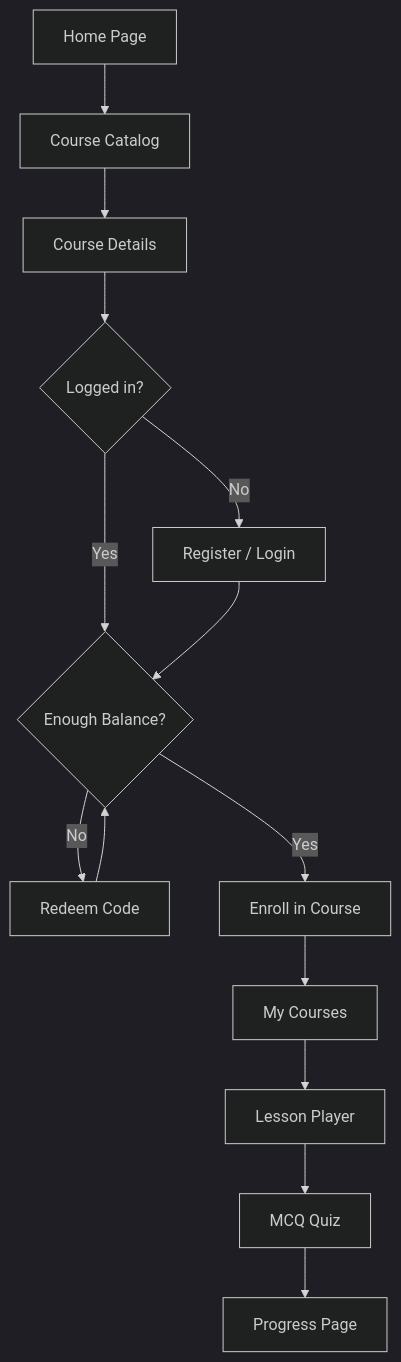
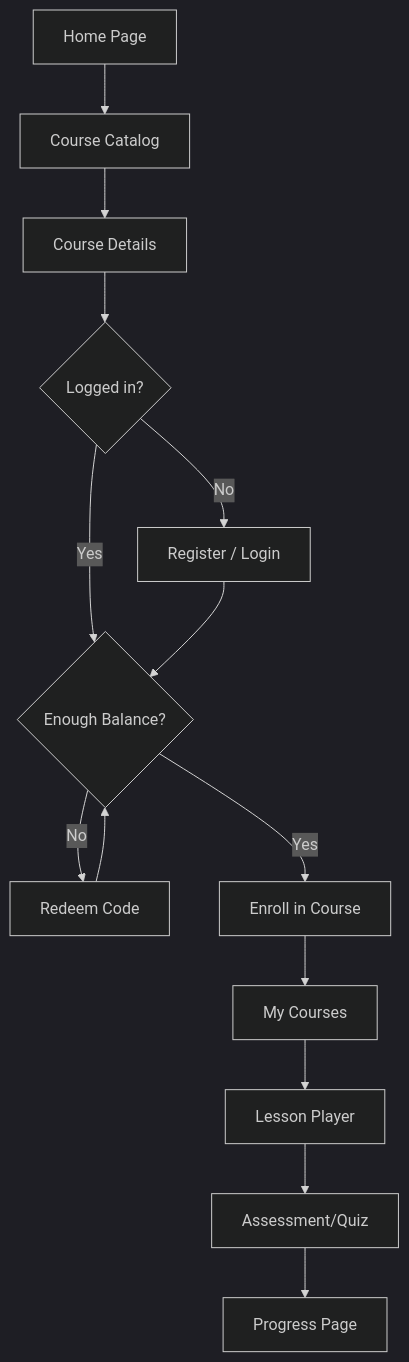
Before and after one commit to AntoniusAtefGhaly/elearning-po-system-design: the first of 4 diagrams in Elearning-Website-Documentation/Optional-Documents/12-ui-flow-map.md, drawn with Mermaid (dark theme). The commit also changed other lines of this file and 53 other files, not shown here.

Commit message:
Update e-learning module architecture docs

````diff
--- a/Elearning-Website-Documentation/Optional-Documents/12-ui-flow-map.md
+++ b/Elearning-Website-Documentation/Optional-Documents/12-ui-flow-map.md
@@ -9,16 +9,16 @@
 ```mermaid
 flowchart TD
     Home["Home Page"] --> Catalog["Course Catalog"]
     Catalog --> Details["Course Details"]
     Details --> Auth{"Logged in?"}
     Auth -- No --> Register["Register / Login"]
     Auth -- Yes --> Balance{"Enough Balance?"}
     Register --> Balance
     Balance -- No --> Redeem["Redeem Code"]
     Redeem --> Balance
     Balance -- Yes --> Enroll["Enroll in Course"]
     Enroll --> MyCourses["My Courses"]
     MyCourses --> Lesson["Lesson Player"]
-    Lesson --> Quiz["MCQ Quiz"]
+    Lesson --> Quiz["Assessment/Quiz"]
     Quiz --> Progress["Progress Page"]
 ```
````
